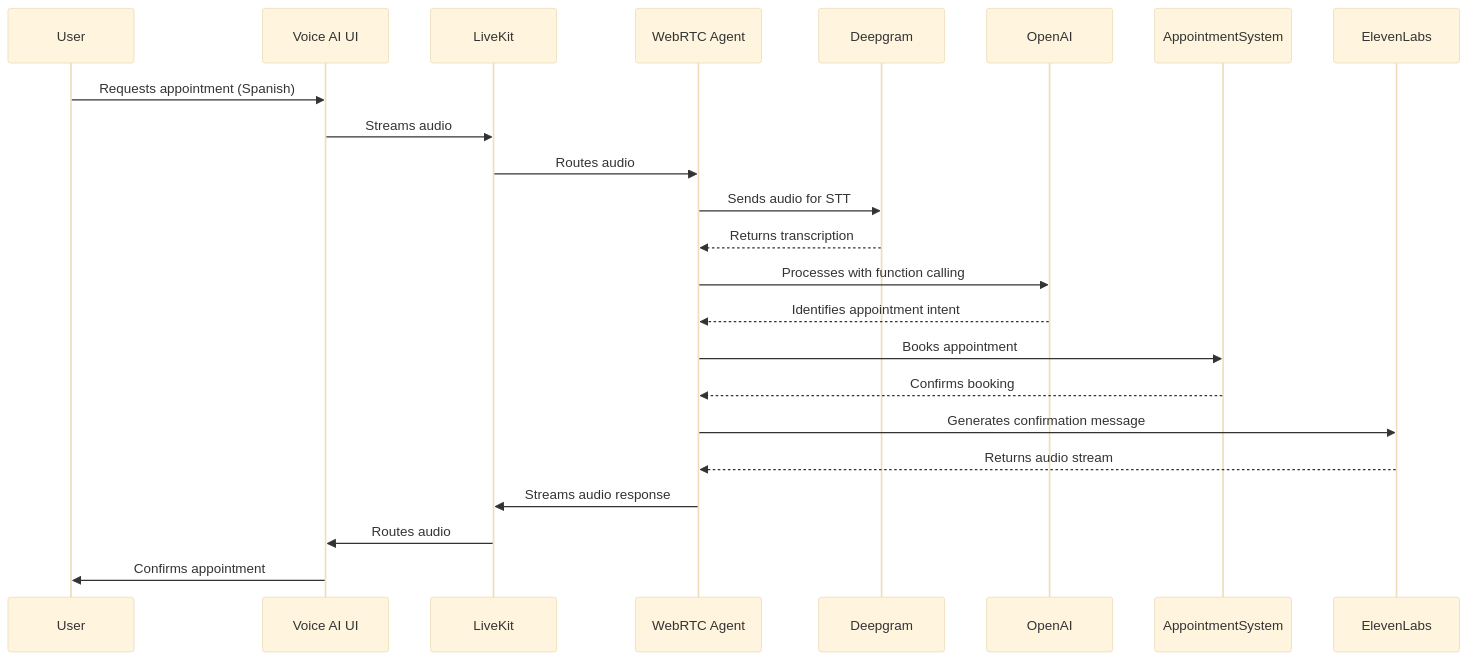
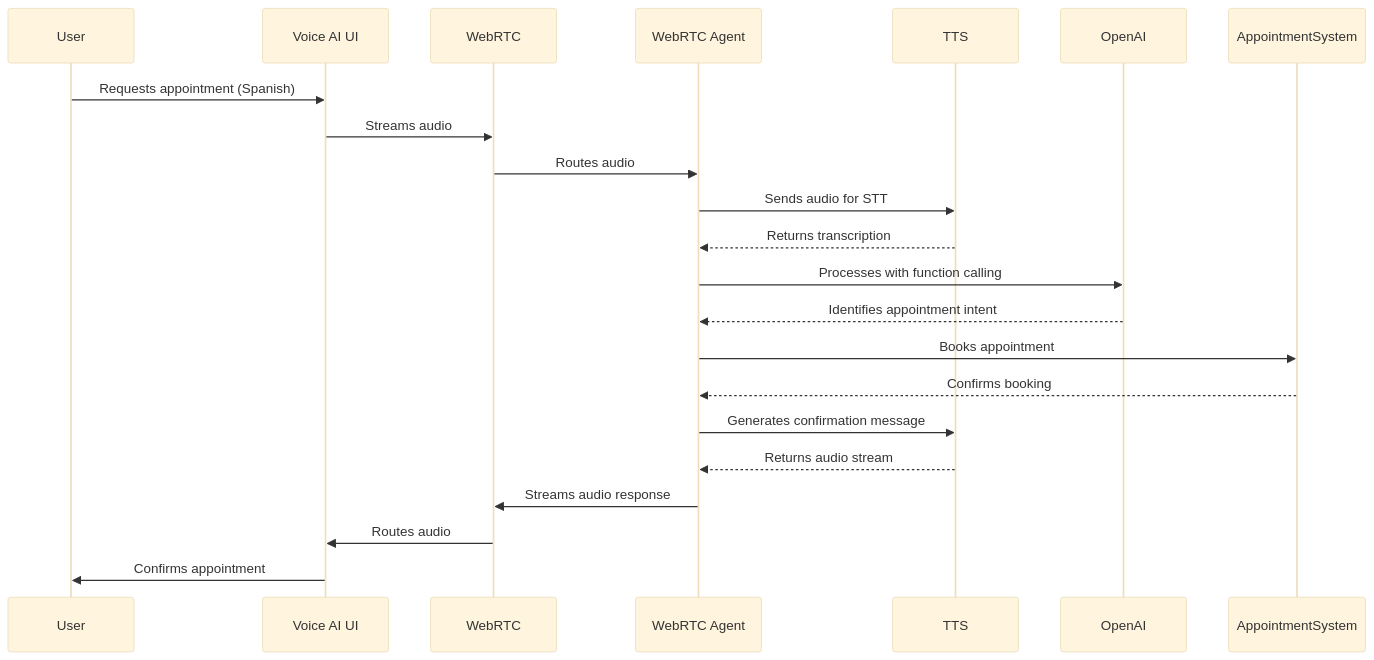
Before and after one commit to geniaops/TainaDocs: the third of 3 diagrams in docs/architecture/integration/2.5_System_Integration.md, drawn with Mermaid (base theme). The commit also changed other lines of this file and 17 other files, not shown here.

````diff
--- a/docs/architecture/integration/2.5_System_Integration.md
+++ b/docs/architecture/integration/2.5_System_Integration.md
@@ -190,26 +190,26 @@
 ```mermaid
 sequenceDiagram
     participant User
     participant Frontend as Voice AI UI
-    participant LiveKit
+    participant WebRTC
     participant Backend as WebRTC Agent
-    participant Deepgram
+    participant TTS
     participant OpenAI
     participant AppointmentSystem
-    participant ElevenLabs
+    participant TTS
     
     User->>Frontend: Requests appointment (Spanish)
-    Frontend->>LiveKit: Streams audio
-    LiveKit->>Backend: Routes audio
-    Backend->>Deepgram: Sends audio for STT
-    Deepgram-->>Backend: Returns transcription
+    Frontend->>WebRTC: Streams audio
+    WebRTC->>Backend: Routes audio
+    Backend->>TTS: Sends audio for STT
+    TTS-->>Backend: Returns transcription
     Backend->>OpenAI: Processes with function calling
     OpenAI-->>Backend: Identifies appointment intent
     Backend->>AppointmentSystem: Books appointment
     AppointmentSystem-->>Backend: Confirms booking
-    Backend->>ElevenLabs: Generates confirmation message
-    ElevenLabs-->>Backend: Returns audio stream
-    Backend->>LiveKit: Streams audio response
-    LiveKit->>Frontend: Routes audio
+    Backend->>TTS: Generates confirmation message
+    TTS-->>Backend: Returns audio stream
+    Backend->>WebRTC: Streams audio response
+    WebRTC->>Frontend: Routes audio
     Frontend->>User: Confirms appointment
 ```
````
